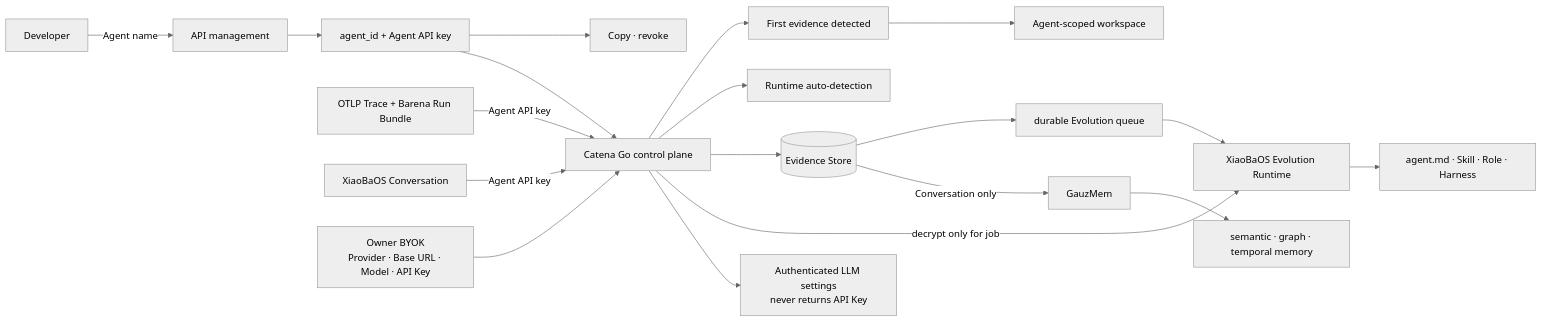
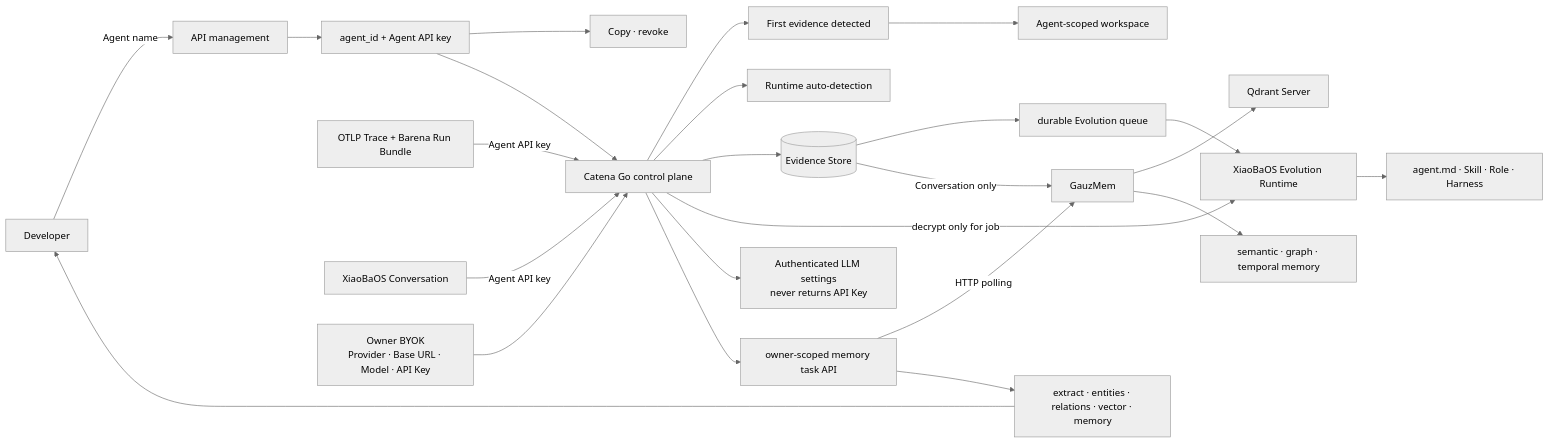
One commit to fightheyyy/CATENA changed the second of 2 diagrams in SPEC.md. Above: the diagram before and after it, drawn with Mermaid (neutral theme). The commit also changed other lines of this file and 19 other files, not shown here.

Commit message:
Expose memory extraction progress

````diff
--- a/SPEC.md
+++ b/SPEC.md
@@ -55,21 +60,26 @@
 ```mermaid
 flowchart LR
     Developer["Developer"] -->|"Agent name"| Keys["API management"]
     Keys --> Binding["agent_id + Agent API key"]
     Binding --> Manage["Copy · revoke"]
     Trace["OTLP Trace + Barena Run Bundle"] -->|"Agent API key"| Core["Catena Go control plane"]
     Conversation["XiaoBaOS Conversation"] -->|"Agent API key"| Core
     Binding --> Core
     Core --> Status["First evidence detected"]
     Status --> Workspace["Agent-scoped workspace"]
     Core --> Detect["Runtime auto-detection"]
     Core --> Evidence[("Evidence Store")]
     Evidence --> Queue["durable Evolution queue"]
     Owner["Owner BYOK<br/>Provider · Base URL · Model · API Key"] --> Core
     Core -->|"decrypt only for job"| Runtime
     Queue --> Runtime["XiaoBaOS Evolution Runtime"]
     Runtime --> Assets["agent.md · Skill · Role · Harness"]
     Core --> ModelStatus["Authenticated LLM settings<br/>never returns API Key"]
     Evidence -->|"Conversation only"| GauzMem["GauzMem"]
+    Core --> TaskAPI["owner-scoped memory task API"]
+    TaskAPI -->|"HTTP polling"| GauzMem
+    GauzMem --> Qdrant["Qdrant Server"]
+    TaskAPI --> Progress["extract · entities · relations · vector · memory"]
+    Progress --> Developer
     GauzMem --> Memory["semantic · graph · temporal memory"]
 ```
````
